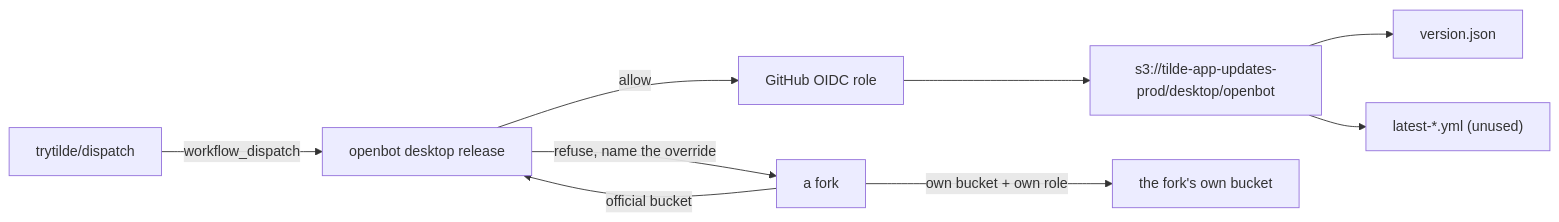
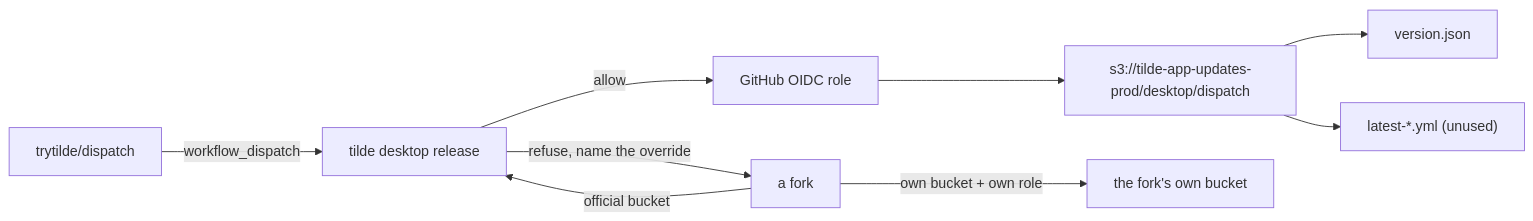
Before and after one commit to trytilde/dispatch: the diagram in docs/adrs/0028-desktop-release-publication.md, drawn with Mermaid. The commit also changed other lines of this file and 668 other files, not shown here.

````diff
--- a/docs/adrs/0028-desktop-release-publication.md
+++ b/docs/adrs/0028-desktop-release-publication.md
@@ -87,11 +87,11 @@
 ```mermaid
 flowchart LR
-  U["trytilde/dispatch"] -->|"workflow_dispatch"| C["openbot desktop release"]
+  U["trytilde/dispatch"] -->|"workflow_dispatch"| C["tilde desktop release"]
   F["a fork"] -->|"official bucket"| C
   C -->|"refuse, name the override"| F
   C -->|"allow"| O["GitHub OIDC role"]
-  O --> S["s3://tilde-app-updates-prod/desktop/openbot"]
+  O --> S["s3://tilde-app-updates-prod/desktop/dispatch"]
   S --> V["version.json"]
   S --> Y["latest-*.yml (unused)"]
   F -->|"own bucket + own role"| S2["the fork's own bucket"]
 ```
````
